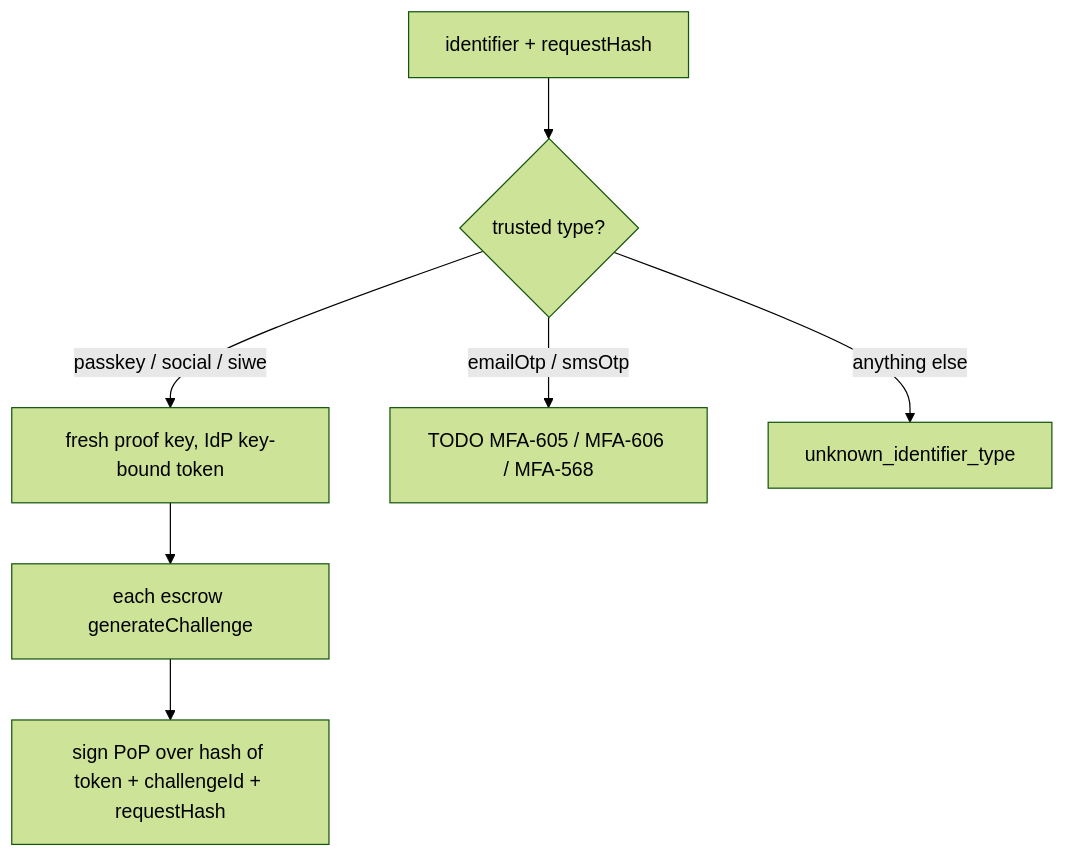
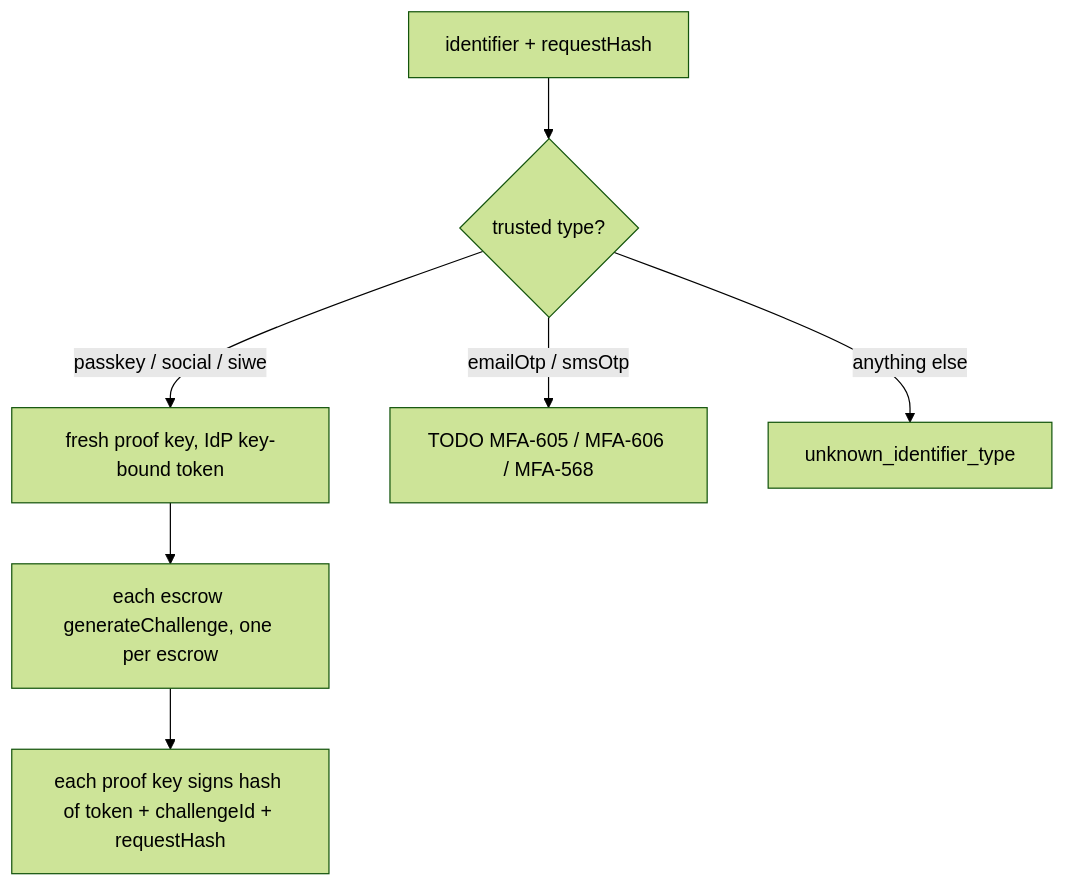
One commit to MetaMask/core changed the fifth of 5 diagrams in packages/mfa-recovery-controller/ARCHITECTURE.md. Above: the diagram before and after it, drawn with Mermaid (forest theme). The commit also changed other lines of this file and 10 other files, not shown here.

````diff
--- a/packages/mfa-recovery-controller/ARCHITECTURE.md
+++ b/packages/mfa-recovery-controller/ARCHITECTURE.md
@@ -300,9 +307,9 @@
 ```mermaid
 flowchart TD
   Start[identifier + requestHash] --> Mode{trusted type?}
   Mode -->|passkey / social / siwe| KB[fresh proof key, IdP key-bound token]
-  KB --> Chal[each escrow generateChallenge]
-  Chal --> PoP[sign PoP over hash of token + challengeId + requestHash]
+  KB --> Chal[each escrow generateChallenge, one per escrow]
+  Chal --> PoP[each proof key signs hash of token + challengeId + requestHash]
   Mode -->|emailOtp / smsOtp| Todo[TODO MFA-605 / MFA-606 / MFA-568]
   Mode -->|anything else| Reject[unknown_identifier_type]
 ```
````
